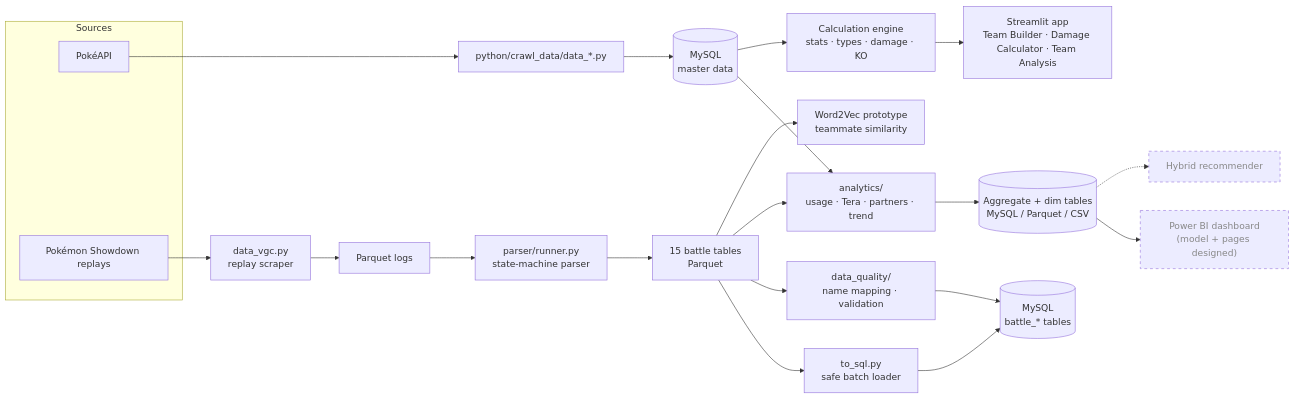
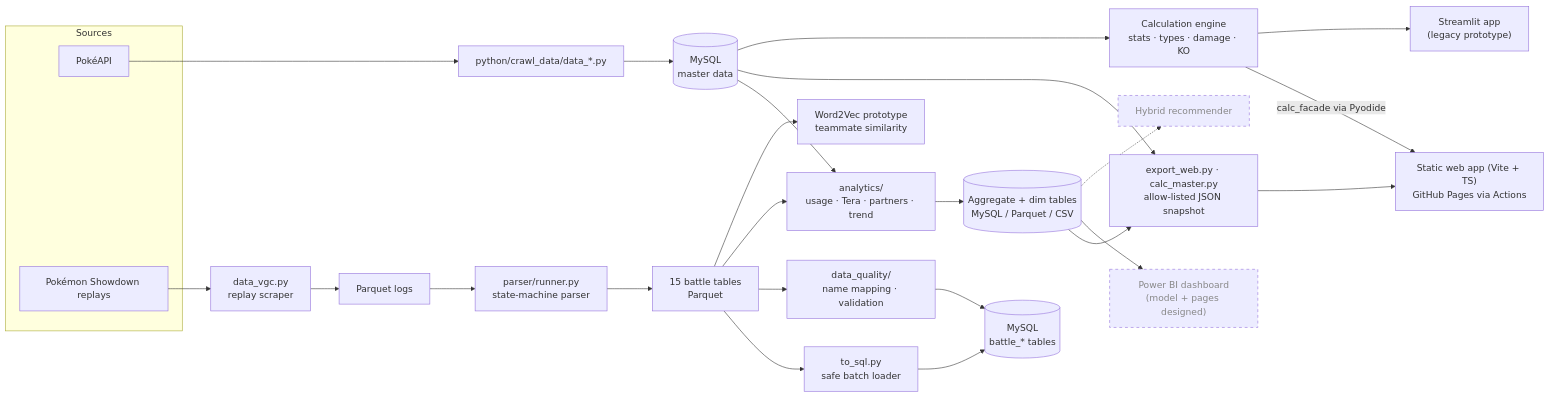
Before and after one commit to hoangphuc082602/Pokemon-Competitive-Analysis: the diagram in README.md, drawn with Mermaid. The commit also changed other lines of this file and 9 other files, not shown here.

Commit message:
Release v1.0 (#18): README demo link, screenshots, how to reproduce, roadmap and limitations; fixed doc link case; release notes

````diff
--- a/README.md
+++ b/README.md
@@ -39,31 +57,35 @@
 ```mermaid
 flowchart LR
     subgraph Sources
         A["PokéAPI"]
         B["Pokémon Showdown replays"]
     end
 
     A --> C["python/crawl_data/data_*.py"]
     C --> D[("MySQL<br/>master data")]
 
     B --> E["data_vgc.py<br/>replay scraper"]
     E --> F["Parquet logs"]
     F --> G["parser/runner.py<br/>state-machine parser"]
     G --> H["15 battle tables<br/>Parquet"]
     H --> P["to_sql.py<br/>safe batch loader"] --> I[("MySQL<br/>battle_* tables")]
     H --> Q["data_quality/<br/>name mapping · validation"]
     Q --> I
 
     H --> R["analytics/<br/>usage · Tera · partners · trend"]
     D --> R
     R --> M[("Aggregate + dim tables<br/>MySQL / Parquet / CSV")]
 
+    M --> S["export_web.py · calc_master.py<br/>allow-listed JSON snapshot"]
+    D --> S
+    S --> T["Static web app (Vite + TS)<br/>GitHub Pages via Actions"]
     D --> J["Calculation engine<br/>stats · types · damage · KO"]
-    J --> K["Streamlit app<br/>Team Builder · Damage Calculator · Team Analysis"]
+    J -->|"calc_facade via Pyodide"| T
+    J --> K["Streamlit app<br/>(legacy prototype)"]
     H --> L["Word2Vec prototype<br/>teammate similarity"]
 
     M --> N["Power BI dashboard<br/>(model + pages designed)"]:::planned
     M -.-> O["Hybrid recommender"]:::planned
 
     classDef planned stroke-dasharray: 5 5,color:#888;
 ```
````
